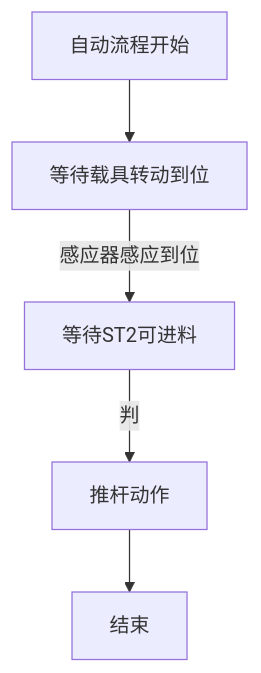
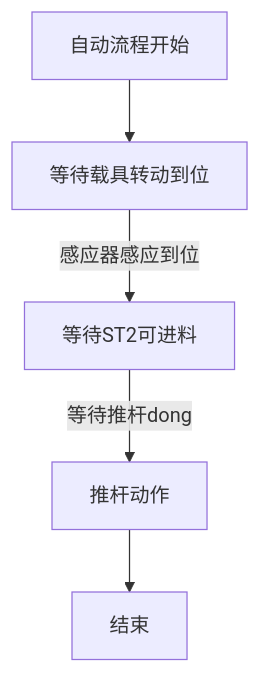
Before and after one commit to zmq000/iodraw-files: the diagram in all/OP70工位1长回流工位.md, drawn with Mermaid.

Commit message:
2026-06-17 15:35:35 update

````diff
--- a/all/OP70工位1长回流工位.md
+++ b/all/OP70工位1长回流工位.md
@@ -1,9 +1,9 @@
 ```mermaid
 graph TD
  自动流程开始-->10
  10[等待载具转动到位]-->|感应器感应到位|20
- 20[等待ST2可进料]-->|判|30
+ 20[等待ST2可进料]-->|等待推杆dong|30
  30[推杆动作]-->40
  40[结束]
 
 ```
````
